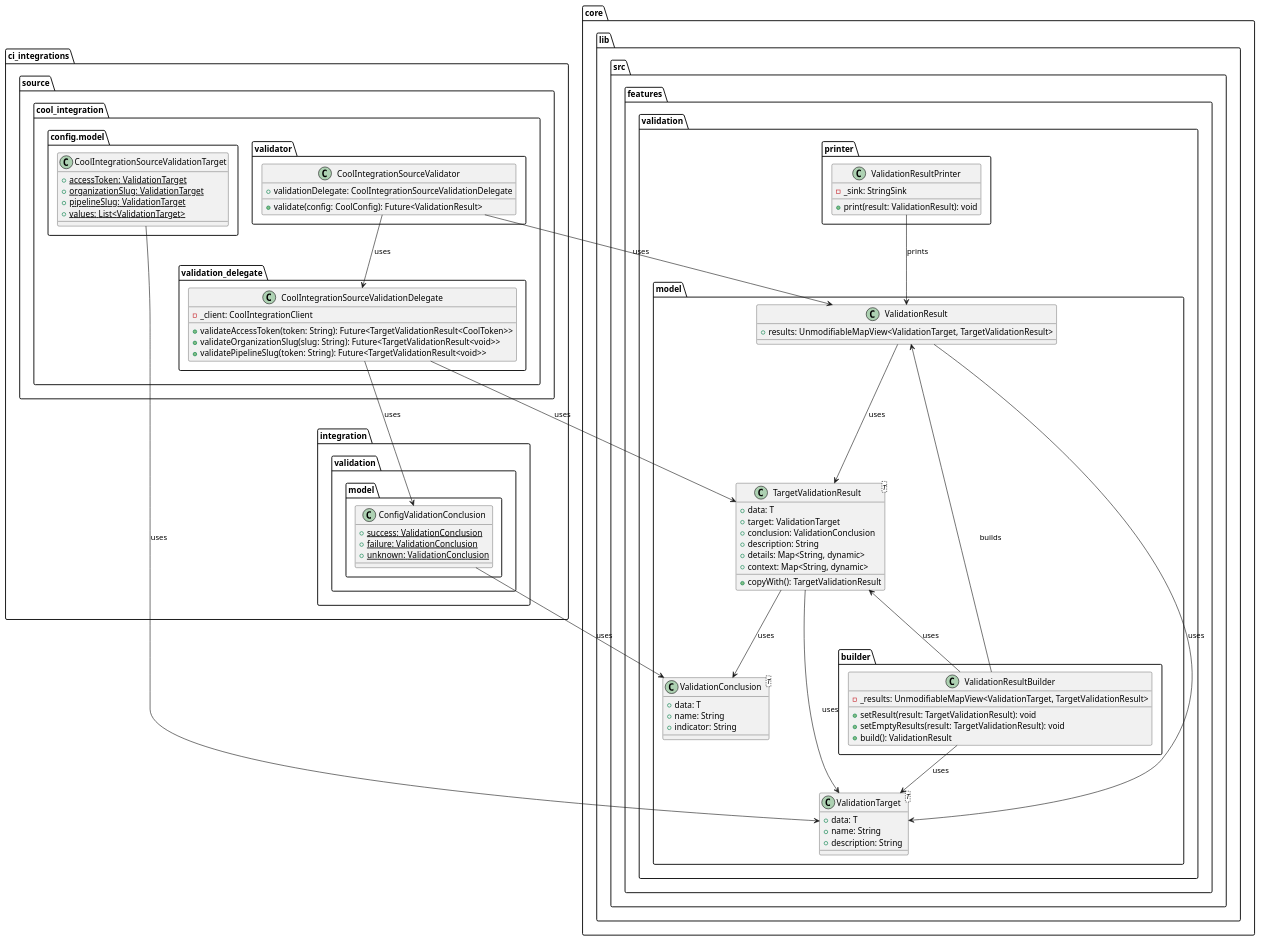
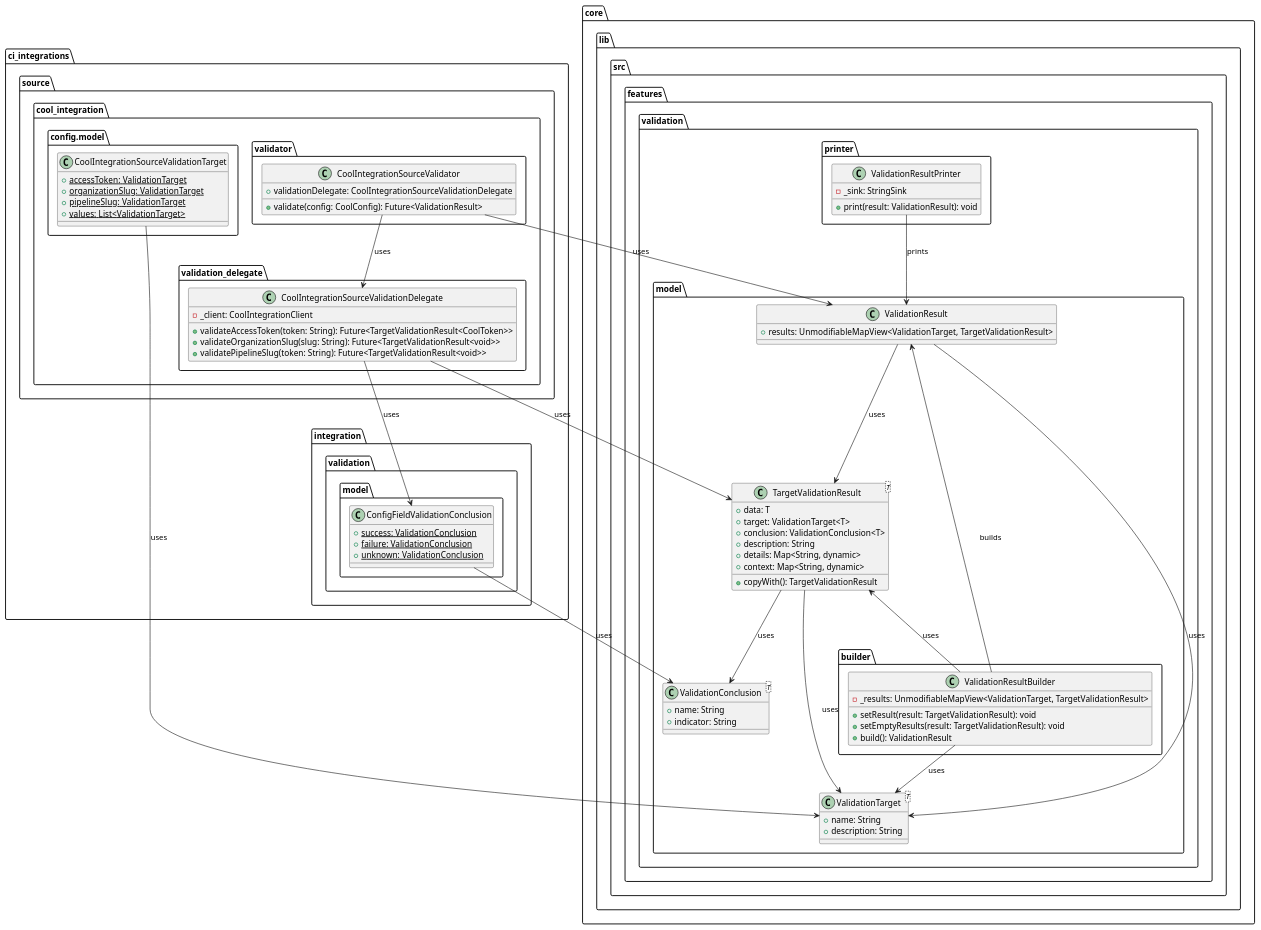
One commit to Flank/flank-dashboard changed the diagram in metrics/cli/docs/features/doctor_output_improvements/diagrams/ci_integrations_validator_class_diagram.puml. Above: the diagram before and after it, drawn with PlantUML. The commit also changed 5 other files, not shown here.

```diff
--- a/metrics/cli/docs/features/doctor_output_improvements/diagrams/ci_integrations_validator_class_diagram.puml
+++ b/metrics/cli/docs/features/doctor_output_improvements/diagrams/ci_integrations_validator_class_diagram.puml
@@ -1,114 +1,112 @@
 @startuml ci_integrations_validator_class_diagram
 
 package core.lib.src.features.validation {
     package model {
         package builder {
             class ValidationResultBuilder {
                 - _results: UnmodifiableMapView<ValidationTarget, TargetValidationResult>
 
                 + setResult(result: TargetValidationResult): void
                 + setEmptyResults(result: TargetValidationResult): void
                 + build(): ValidationResult
             }
         }
 
         class ValidationTarget<T> {
-            + data: T
             + name: String
             + description: String
         }
 
         class ValidationConclusion<T> {
-            + data: T
             + name: String
             + indicator: String
         }
 
         class TargetValidationResult<T> {
             + data: T
-            + target: ValidationTarget
-            + conclusion: ValidationConclusion
+            + target: ValidationTarget<T>
+            + conclusion: ValidationConclusion<T>
             + description: String
             + details: Map<String, dynamic>
             + context: Map<String, dynamic>
 
             + copyWith(): TargetValidationResult
         }
 
         class ValidationResult{
             + results: UnmodifiableMapView<ValidationTarget, TargetValidationResult>
         }
     }
 
     package printer {
         class ValidationResultPrinter{
             - _sink: StringSink
 
             + print(result: ValidationResult): void
         }
     }
 }
 
 package ci_integrations {
     package integration.validation.model {
-        class ConfigValidationConclusion {
+        class ConfigFieldValidationConclusion {
             + {static} success: ValidationConclusion
             + {static} failure: ValidationConclusion
             + {static} unknown: ValidationConclusion
         }
     }
 
     package source.cool_integration {
         package config.model as cool_integration_config_model {
             class CoolIntegrationSourceValidationTarget {
                 + {static} accessToken: ValidationTarget
                 + {static} organizationSlug: ValidationTarget
                 + {static} pipelineSlug: ValidationTarget
                 + {static} values: List<ValidationTarget>
             }
         }
 
         package validation_delegate {
             class CoolIntegrationSourceValidationDelegate {
                 - _client: CoolIntegrationClient
 
                 + validateAccessToken(token: String): Future<TargetValidationResult<CoolToken>>
                 + validateOrganizationSlug(slug: String): Future<TargetValidationResult<void>>
                 + validatePipelineSlug(token: String): Future<TargetValidationResult<void>>
             }
         }
 
         package validator {
             class CoolIntegrationSourceValidator {
                 + validationDelegate: CoolIntegrationSourceValidationDelegate
 
                 + validate(config: CoolConfig): Future<ValidationResult>
             }
         }
     }
 }
 
 TargetValidationResult --> ValidationTarget : uses
 TargetValidationResult --> ValidationConclusion : uses
 
 ValidationResult --> TargetValidationResult : uses
 ValidationResult --> ValidationTarget : uses
 
 ValidationResultBuilder -up-> ValidationResult : builds
 ValidationResultBuilder --> ValidationTarget : uses
 ValidationResultBuilder -up-> TargetValidationResult : uses
 
 ValidationResultPrinter --> ValidationResult : prints
 
 CoolIntegrationSourceValidator --> CoolIntegrationSourceValidationDelegate : uses
 CoolIntegrationSourceValidator --> ValidationResult : uses
 
 CoolIntegrationSourceValidationDelegate --> TargetValidationResult : uses
 
 CoolIntegrationSourceValidationTarget --> ValidationTarget : uses
 
-ConfigValidationConclusion --> ValidationConclusion : uses
+ConfigFieldValidationConclusion --> ValidationConclusion : uses
 
-CoolIntegrationSourceValidationDelegate -down-> ConfigValidationConclusion : uses
+CoolIntegrationSourceValidationDelegate -down-> ConfigFieldValidationConclusion : uses
 
 @enduml
```
